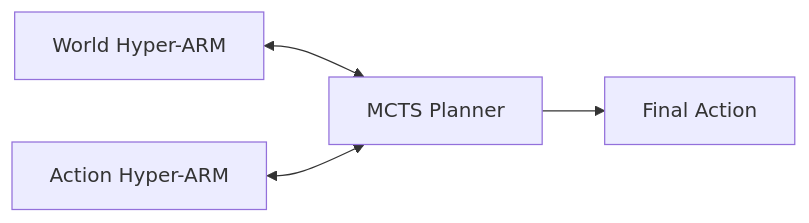
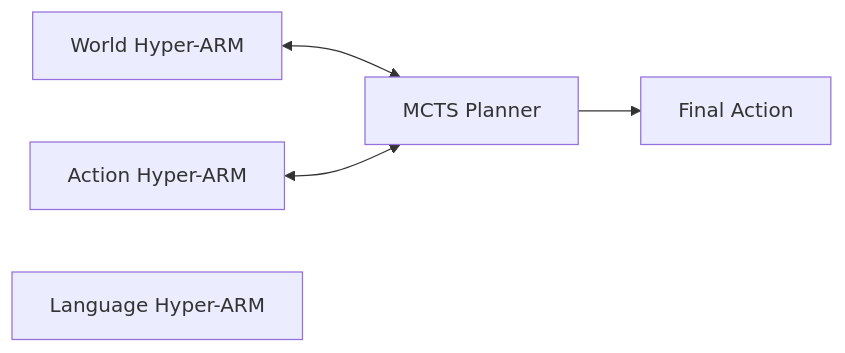
Before and after one commit to streamlineddesigns/Hyper-ARM-Hypernetwork-Associative-Recall-Memory: the diagram in README.md, drawn with Mermaid. The commit also changed other lines of this file, not shown here.

````diff
--- a/README.md
+++ b/README.md
@@ -44,8 +44,9 @@
 ```mermaid
 flowchart LR
     World["World Hyper-ARM"]
     Action["Action Hyper-ARM"]
+    Language["Language Hyper-ARM"]
     World <--> MCTS["MCTS Planner"]
     Action <--> MCTS
     MCTS --> Output["Final Action"]
 ```
````
